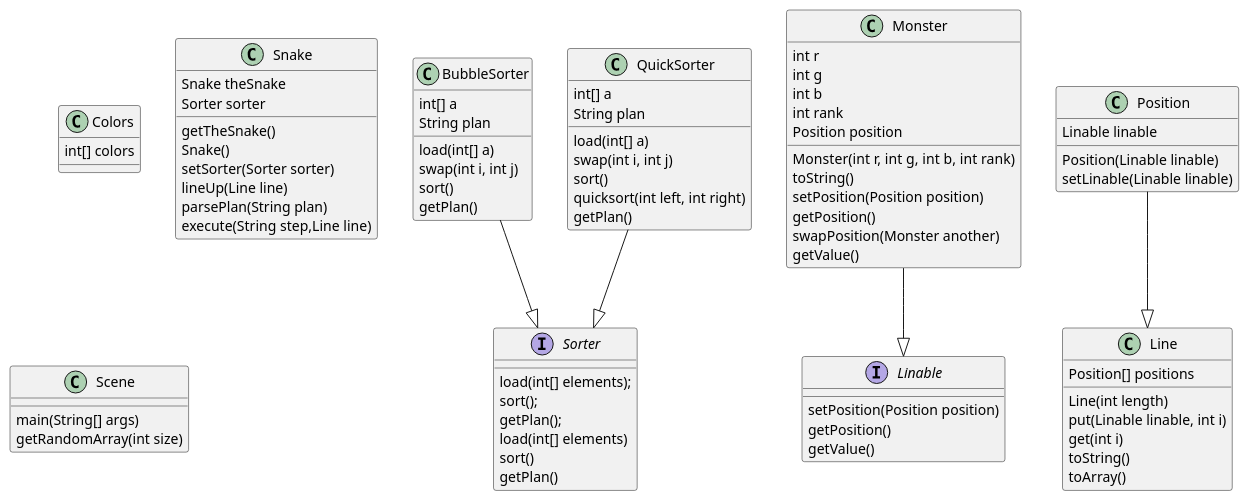
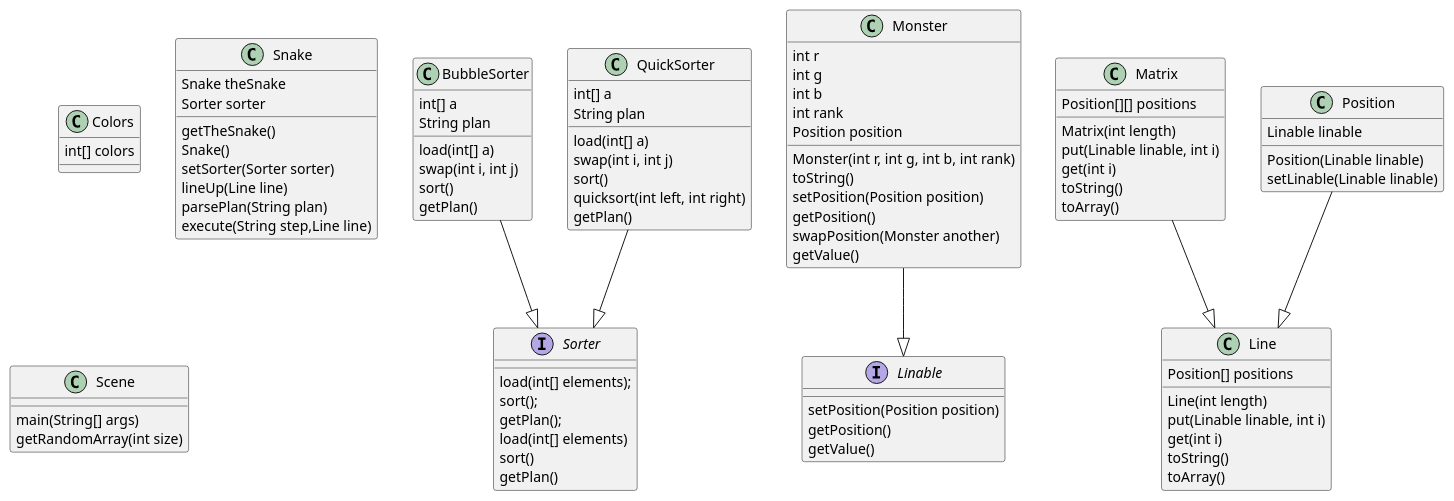
Before and after one commit to jwork-2021-attic/jw02-hollowopk: the diagram in homework/uml/task3.puml, drawn with PlantUML. The commit also changed 6 other files, not shown here.

```diff
--- a/homework/uml/task3.puml
+++ b/homework/uml/task3.puml
@@ -1,124 +1,137 @@
 @startuml
 
 interface Sorter {
 
     load(int[] elements);
     sort();
     getPlan();
 
 }
 
 class BubbleSorter {
 
     int[] a
     String plan
 
     load(int[] a)
     swap(int i, int j)
     sort()
     getPlan()
 
 }
 
 class QuickSorter {
 
     int[] a
     String plan
 
     load(int[] a)
     swap(int i, int j)
     sort()
     quicksort(int left, int right)
     getPlan()
 
 }
 
 class Colors {
 
     int[] colors
 
 }
 
 class Snake {
 
     Snake theSnake
     Sorter sorter
 
     getTheSnake()
     Snake()
     setSorter(Sorter sorter)
     lineUp(Line line)
     parsePlan(String plan)
     execute(String step,Line line)
 
 }
 
 class Monster {
 
     int r
     int g
     int b
     int rank
     Position position
 
     Monster(int r, int g, int b, int rank)
     toString()
     setPosition(Position position)
     getPosition()
     swapPosition(Monster another)
     getValue()
 
 }
 
 interface Linable {
 
     setPosition(Position position)
     getPosition()
     getValue()
 
 }
 
 class Line {
 
     Position[] positions
     Line(int length)
     put(Linable linable, int i)
     get(int i)
     toString()
     toArray()
 
 }
 
+class Matrix {
+
+    Position[][] positions
+    Matrix(int length)
+    put(Linable linable, int i)
+    get(int i)
+    toString()
+    toArray()
+
+}
+
 class Position {
 
     Linable linable
 
     Position(Linable linable)
     setLinable(Linable linable)
 
 }
 
 class Scene {
 
     main(String[] args)
     getRandomArray(int size)
 
 }
 
 interface Sorter {
 
     load(int[] elements)
     sort()
     getPlan()
     
 }
 
 BubbleSorter --|> Sorter
 
 QuickSorter --|> Sorter
 
 Monster --|> Linable
 
 Position --|> Line
 
+Matrix --|> Line
+
 @enduml
```
